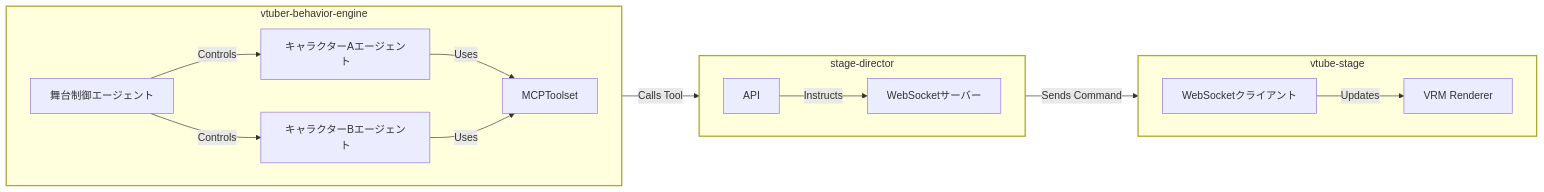
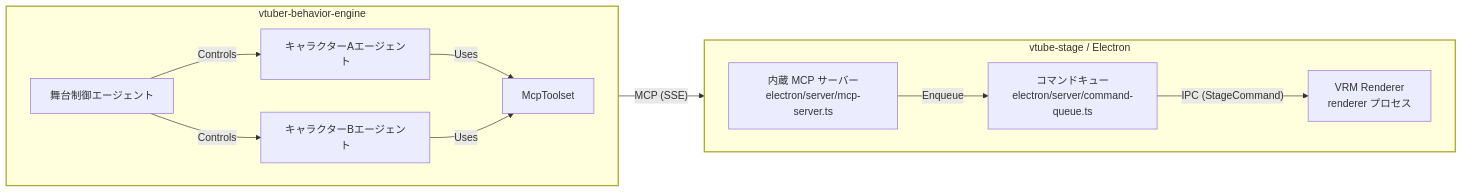
The diagram in docs/mcp_adk_explanation.md (LongbowXXX/ai-tuber), drawn with Mermaid before and after one commit. The commit also changed other lines of this file and 70 other files, not shown here.

First line of the commit message:
docs: Spec Kit を導入し仕様を集約、旧 stage-director 前提の記述を整理

````diff
--- a/docs/mcp_adk_explanation.md
+++ b/docs/mcp_adk_explanation.md
@@ -89,35 +96,28 @@
 ```mermaid
 graph LR
 subgraph VBE [vtuber-behavior-engine]
 direction LR
 OrchestratorAgent[舞台制御エージェント]
 CharAgentA[キャラクターAエージェント]
 CharAgentB[キャラクターBエージェント]
-MCPClient[MCPToolset]
+MCPClient[McpToolset]
 end
 
-subgraph SD [stage-director]
+subgraph VS [vtube-stage / Electron]
 direction LR
-APIServer[API]
-WebSocketServer[WebSocketサーバー]
-end
-
-subgraph VS [vtube-stage]
-direction LR
-Renderer[VRM Renderer]
-WebSocketClient[WebSocketクライアント]
+MCPServer[内蔵 MCP サーバー<br/>electron/server/mcp-server.ts]
+CommandQueue[コマンドキュー<br/>electron/server/command-queue.ts]
+Renderer[VRM Renderer<br/>renderer プロセス]
 end
 
 OrchestratorAgent -- Controls --> CharAgentA;
 OrchestratorAgent -- Controls --> CharAgentB;
 CharAgentA -- Uses --> MCPClient;
 CharAgentB -- Uses --> MCPClient;
-MCPClient -- Calls Tool --> APIServer;
-APIServer -- Instructs --> WebSocketServer;
-WebSocketServer -- Sends Command --> WebSocketClient;
-WebSocketClient -- Updates --> Renderer;
+MCPClient -- MCP (SSE) --> MCPServer;
+MCPServer -- Enqueue --> CommandQueue;
+CommandQueue -- IPC (StageCommand) --> Renderer;
 
 style VBE stroke-width:2px
-style SD stroke-width:2px
 style VS stroke-width:2px
 ```
````
